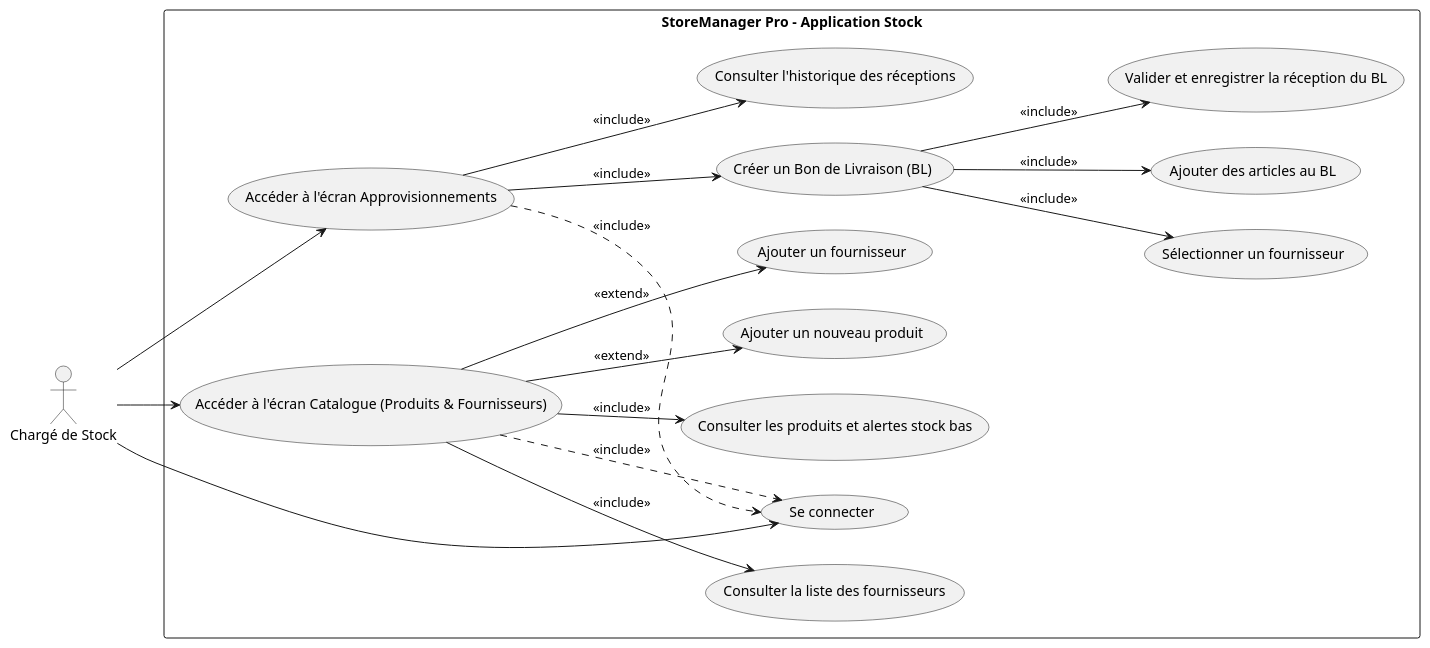
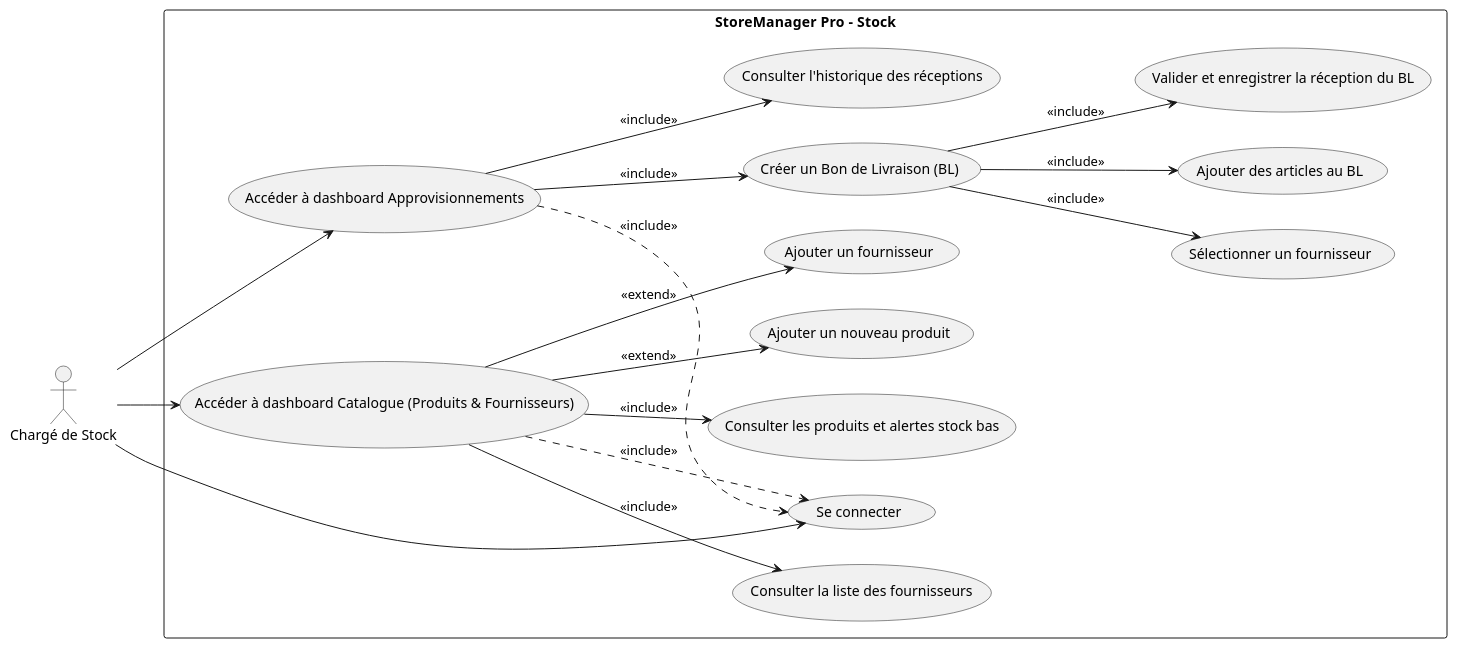
One commit to ndeyaichasene/gestion_store_poo changed the diagram in docs/usecase_stock.puml. Above: the diagram before and after it, drawn with PlantUML. The commit also changed 14 other files, not shown here.

```diff
--- a/docs/usecase_stock.puml
+++ b/docs/usecase_stock.puml
@@ -1,50 +1,46 @@
 @startuml storeManager_Stock
 left to right direction
 skinparam packageStyle rectangle
 
 actor "Chargé de Stock" as S
 
-rectangle "StoreManager Pro - Application Stock" {
+rectangle "StoreManager Pro -  Stock" {
 
-    ' Authentification
     usecase "Se connecter" as UC_Login
 
-    ' Vue 1 : Écran Approvisionnements
-    usecase "Accéder à l'écran Approvisionnements" as GAPP
+    usecase "Accéder à dashboard Approvisionnements" as GAPP
     usecase "Créer un Bon de Livraison (BL)" as NBL
     usecase "Sélectionner un fournisseur" as SF
     usecase "Ajouter des articles au BL" as ABL
     usecase "Valider et enregistrer la réception du BL" as EVBL
     usecase "Consulter l'historique des réceptions" as LBL
 
-    ' Vue 2 : Écran Catalogue & Stock
-    usecase "Accéder à l'écran Catalogue (Produits & Fournisseurs)" as GCAT
+    usecase "Accéder à dashboard Catalogue (Produits & Fournisseurs)" as GCAT
     usecase "Consulter les produits et alertes stock bas" as LP
     usecase "Ajouter un nouveau produit" as AP
     usecase "Ajouter un fournisseur" as AF
     usecase "Consulter la liste des fournisseurs" as LF
 }
 
-' Interactions Acteur -> Écrans autorisés
 S --> UC_Login
 S --> GAPP
 S --> GCAT
 
-' Écran Approvisionnements -> Actions
+
 GAPP --> NBL : <<include>>
 GAPP --> LBL : <<include>>
 NBL --> SF : <<include>>
 NBL --> ABL : <<include>>
 NBL --> EVBL : <<include>>
 
-' Écran Catalogue -> Actions
+
 GCAT --> LP : <<include>>
 GCAT --> AP : <<extend>>
 GCAT --> AF : <<extend>>
 GCAT --> LF : <<include>>
 
 ' Accès sécurisé
 GAPP ..> UC_Login : <<include>>
 GCAT ..> UC_Login : <<include>>
 
 @enduml
```
